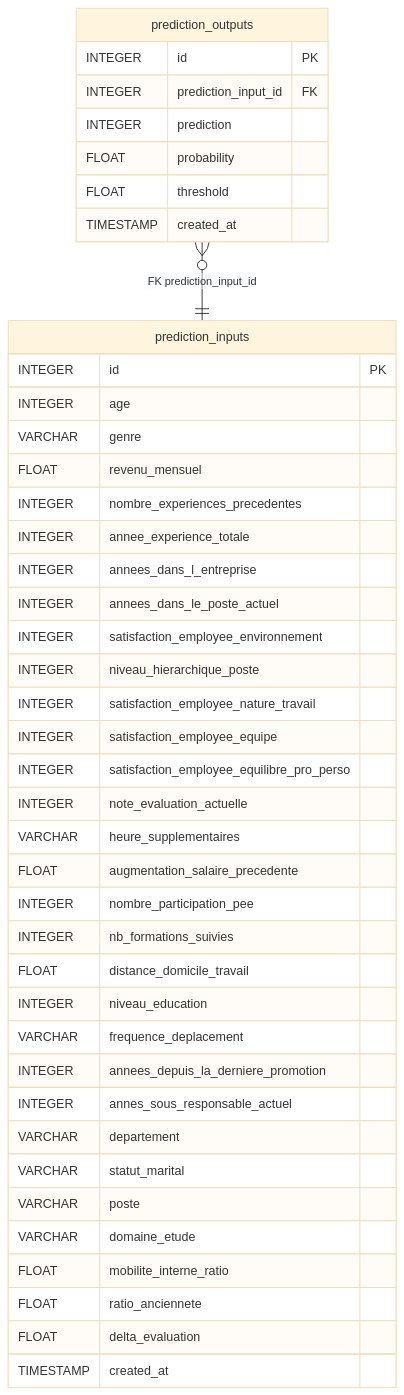
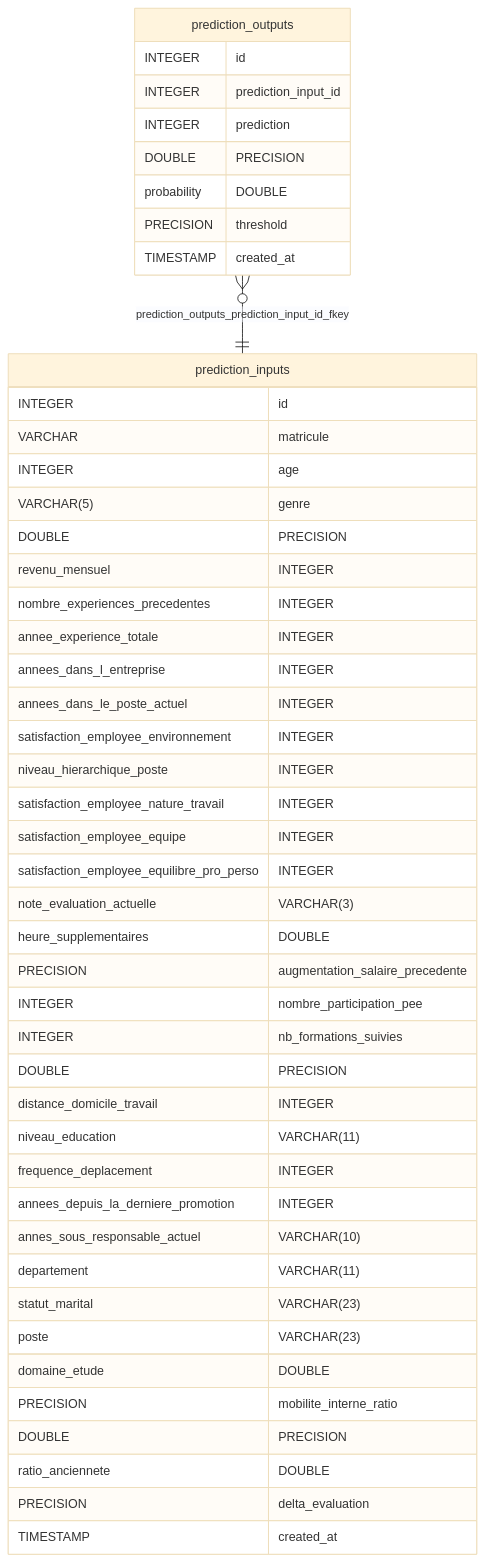
One commit to XavierCoulon/OC_P5_FUTURISYS_Deploy_a_model changed the first of 2 diagrams in README.md. Above: the diagram before and after it, drawn with Mermaid (base theme). The commit also changed other lines of this file and 8 other files, not shown here.

````diff
--- a/README.md
+++ b/README.md
@@ -31,45 +31,46 @@
 ```mermaid
 erDiagram
     prediction_inputs {
-        INTEGER id PK
+        INTEGER id
+        VARCHAR matricule
         INTEGER age
-        VARCHAR genre
-        FLOAT revenu_mensuel
+        VARCHAR(5) genre
+        DOUBLE PRECISION revenu_mensuel
         INTEGER nombre_experiences_precedentes
         INTEGER annee_experience_totale
         INTEGER annees_dans_l_entreprise
         INTEGER annees_dans_le_poste_actuel
         INTEGER satisfaction_employee_environnement
         INTEGER niveau_hierarchique_poste
         INTEGER satisfaction_employee_nature_travail
         INTEGER satisfaction_employee_equipe
         INTEGER satisfaction_employee_equilibre_pro_perso
         INTEGER note_evaluation_actuelle
-        VARCHAR heure_supplementaires
-        FLOAT augmentation_salaire_precedente
+        VARCHAR(3) heure_supplementaires
+        DOUBLE PRECISION augmentation_salaire_precedente
         INTEGER nombre_participation_pee
         INTEGER nb_formations_suivies
-        FLOAT distance_domicile_travail
+        DOUBLE PRECISION distance_domicile_travail
         INTEGER niveau_education
-        VARCHAR frequence_deplacement
+        VARCHAR(11) frequence_deplacement
         INTEGER annees_depuis_la_derniere_promotion
         INTEGER annes_sous_responsable_actuel
-        VARCHAR departement
-        VARCHAR statut_marital
-        VARCHAR poste
-        VARCHAR domaine_etude
-        FLOAT mobilite_interne_ratio
-        FLOAT ratio_anciennete
-        FLOAT delta_evaluation
+        VARCHAR(10) departement
+        VARCHAR(11) statut_marital
+        VARCHAR(23) poste
+        VARCHAR(23) domaine_etude
+        DOUBLE PRECISION mobilite_interne_ratio
+        DOUBLE PRECISION ratio_anciennete
+        DOUBLE PRECISION delta_evaluation
         TIMESTAMP created_at
     }
     prediction_outputs {
-        INTEGER id PK
-        INTEGER prediction_input_id FK
+        INTEGER id
+        INTEGER prediction_input_id
         INTEGER prediction
-        FLOAT probability
-        FLOAT threshold
+        DOUBLE PRECISION probability
+        DOUBLE PRECISION threshold
         TIMESTAMP created_at
     }
-    prediction_outputs }o--|| prediction_inputs : "FK prediction_input_id"
+    prediction_outputs}o--||prediction_inputs :prediction_outputs_prediction_input_id_fkey
 ```
````
